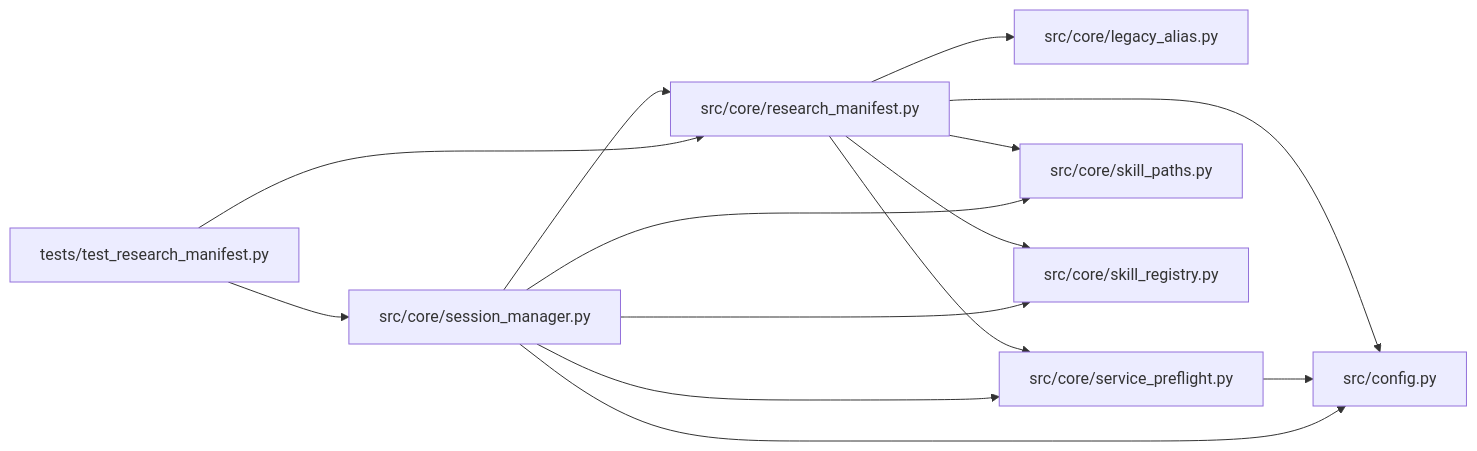
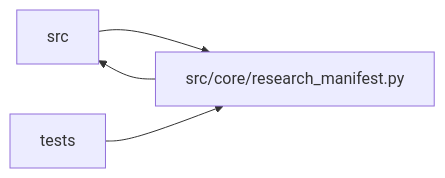
One commit to Denissvgn/autoresearch-agent changed the diagram in docs/llm_wiki/modules/research_manifest.md. Above: the diagram before and after it, drawn with Mermaid. The commit also changed other lines of this file and 1033 other files, not shown here.

````diff
--- a/docs/llm_wiki/modules/research_manifest.md
+++ b/docs/llm_wiki/modules/research_manifest.md
@@ -28,32 +31,10 @@
 ```mermaid
 flowchart LR
-    n0["src/config.py"]
-    n1["src/core/legacy_alias.py"]
-    n2["src/core/research_manifest.py"]
-    n3["src/core/service_preflight.py"]
-    n4["src/core/session_manager.py"]
-    n5["src/core/skill_paths.py"]
-    n6["src/core/skill_registry.py"]
-    n7["tests/test_research_manifest.py"]
-    n2 --> n0
+    n0["src"]
+    n1["src/core/research_manifest.py"]
+    n2["tests"]
+    n0 --> n1
+    n1 --> n0
     n2 --> n1
-    n2 --> n3
-    n2 --> n5
-    n2 --> n6
-    n3 --> n0
-    n4 --> n0
-    n4 --> n2
-    n4 --> n3
-    n4 --> n5
-    n4 --> n6
-    n7 --> n2
-    n7 --> n4
-    click n0 "../modules/config.md"
-    click n1 "../modules/core_legacy_alias.md"
-    click n2 "../modules/research_manifest.md"
-    click n3 "../modules/service_preflight.md"
-    click n4 "../modules/session_manager.md"
-    click n5 "../modules/skill_paths.md"
-    click n6 "../modules/skill_registry.md"
-    click n7 "../modules/test_research_manifest.md"
+    click n1 "../modules/research_manifest.md"
 ```
````
